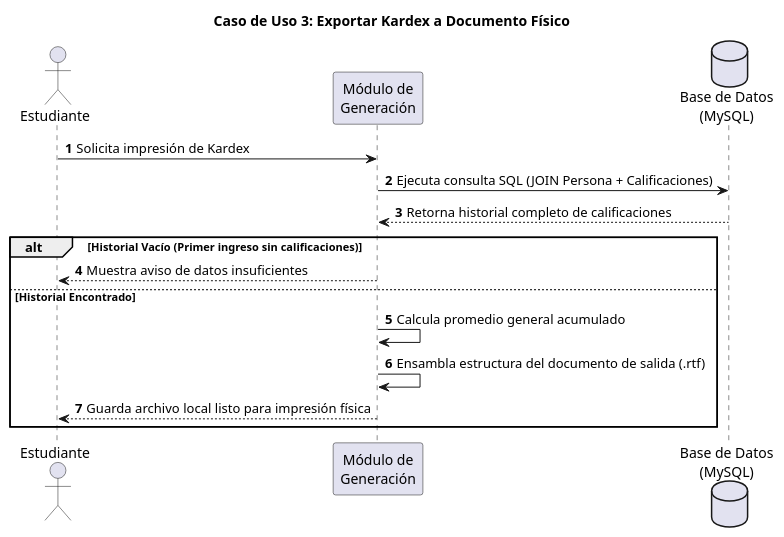
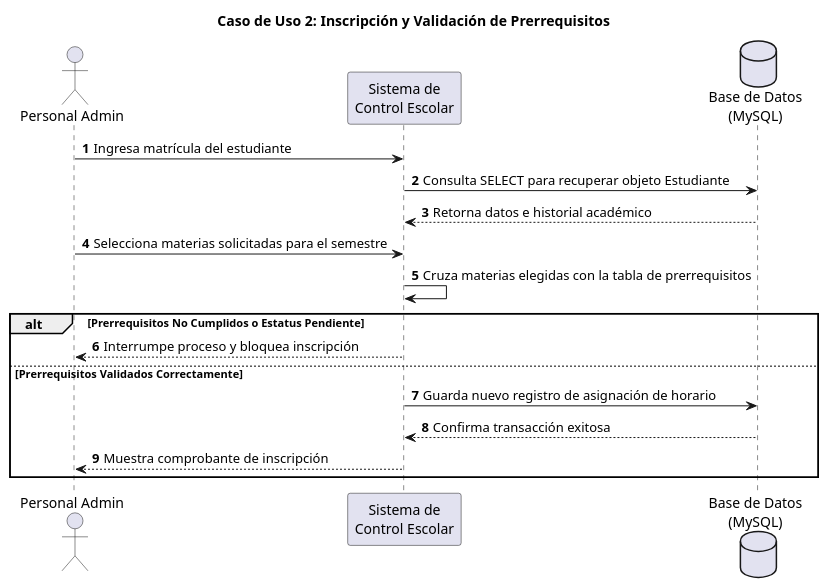
Before and after one commit to elipaulina1311-del/TrabajoEquipo: the diagram in Caso2.puml, drawn with PlantUML. The commit also changed 1 other file, not shown here.

Commit message:
Actualizacion de errores de caso 2

```diff
--- a/Caso2.puml
+++ b/Caso2.puml
@@ -1,24 +1,26 @@
 @startuml
 autonumber
 skinparam BoxPadding 10
 skinparam ParticipantPadding 10
 
-title Caso de Uso 3: Exportar Kardex a Documento Físico
+title Caso de Uso 2: Inscripción y Validación de Prerrequisitos
 
-actor "Estudiante" as Student
-participant "Módulo de\nGeneración" as Gen
+actor "Personal Admin" as Admin
+participant "Sistema de\nControl Escolar" as System
 database "Base de Datos\n(MySQL)" as DB
 
-Student -> Gen: Solicita impresión de Kardex
-Gen -> DB: Ejecuta consulta SQL (JOIN Persona + Calificaciones)
-DB --> Gen: Retorna historial completo de calificaciones
+Admin -> System: Ingresa matrícula del estudiante
+System -> DB: Consulta SELECT para recuperar objeto Estudiante
+DB --> System: Retorna datos e historial académico
+Admin -> System: Selecciona materias solicitadas para el semestre
+System -> System: Cruza materias elegidas con la tabla de prerrequisitos
 
-alt Historial Vacío (Primer ingreso sin calificaciones)
-    Gen --> Student: Muestra aviso de datos insuficientes
-else Historial Encontrado
-    Gen -> Gen: Calcula promedio general acumulado
-    Gen -> Gen: Ensambla estructura del documento de salida (.rtf)
-    Gen --> Student: Guarda archivo local listo para impresión física
+alt Prerrequisitos No Cumplidos o Estatus Pendiente
+    System --> Admin: Interrumpe proceso y bloquea inscripción
+else Prerrequisitos Validados Correctamente
+    System -> DB: Guarda nuevo registro de asignación de horario
+    DB --> System: Confirma transacción exitosa
+    System --> Admin: Muestra comprobante de inscripción
 end
 
 @enduml
```
